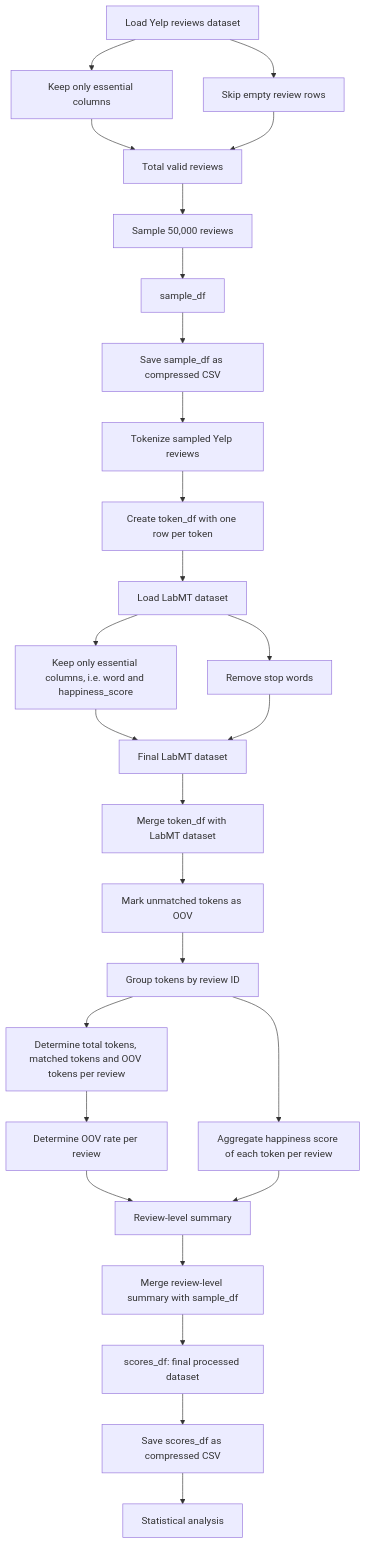
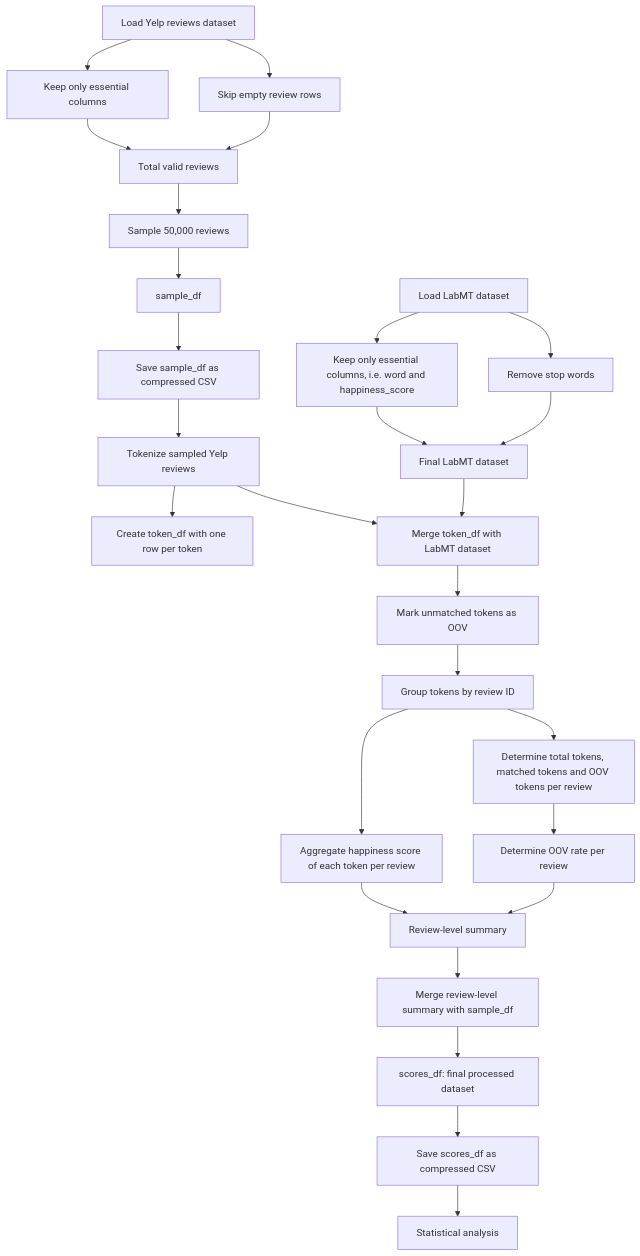
Before and after one commit to jtjgbnnvxf-creator/hedonometer: the diagram in README.md, drawn with Mermaid.

Commit message:
make flowchart clearer

````diff
--- a/README.md
+++ b/README.md
@@ -7,29 +7,29 @@
 ```mermaid
 flowchart TD
     A[Load Yelp reviews dataset] --> B[Keep only essential columns]
     A --> C[Skip empty review rows]
     B --> D[Total valid reviews]
     C --> D
     D --> E[Sample 50,000 reviews]
     E --> F[sample_df]
     F --> G[Save sample_df as compressed CSV]
     G --> H[Tokenize sampled Yelp reviews]
     H --> I[Create token_df with one row per token]
-    I --> J[Load LabMT dataset]
-    J --> K[Keep only essential columns, i.e. word and happiness_score]
+    J[Load LabMT dataset] --> K[Keep only essential columns, i.e. word and happiness_score]
     J --> L[Remove stop words]
     K --> M[Final LabMT dataset]
     L --> M
     M --> N[Merge token_df with LabMT dataset]
+    H --> N
     N --> O[Mark unmatched tokens as OOV]
     O --> P[Group tokens by review ID]
     P --> Q[Aggregate happiness score of each token per review]
     P --> R[Determine total tokens, matched tokens and OOV tokens per review]
     R --> S[Determine OOV rate per review]
     S --> T[Review-level summary]
     Q --> T
     T --> U[Merge review-level summary with sample_df]
     U --> V[scores_df: final processed dataset]
     V --> W[Save scores_df as compressed CSV]
     W --> X[Statistical analysis]
 ```
````
